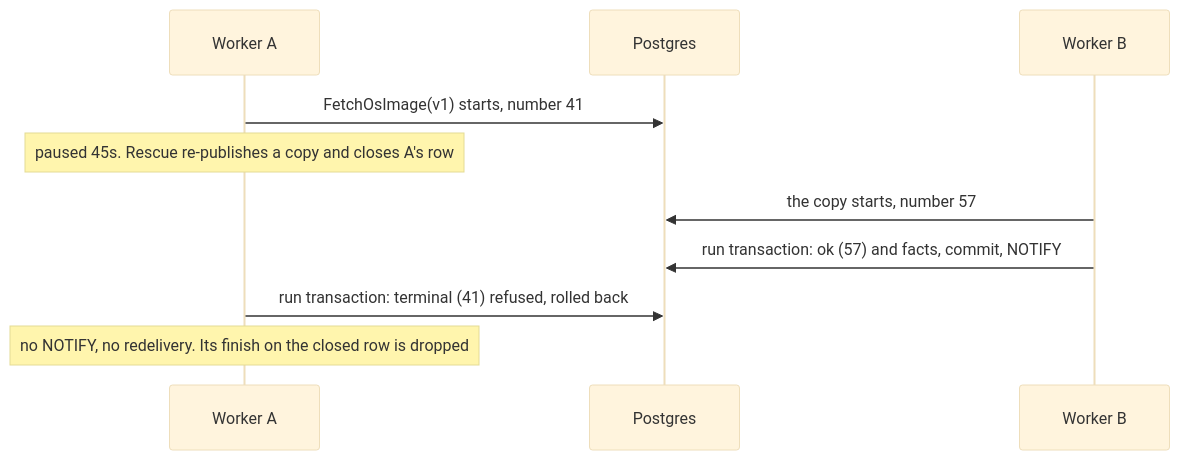
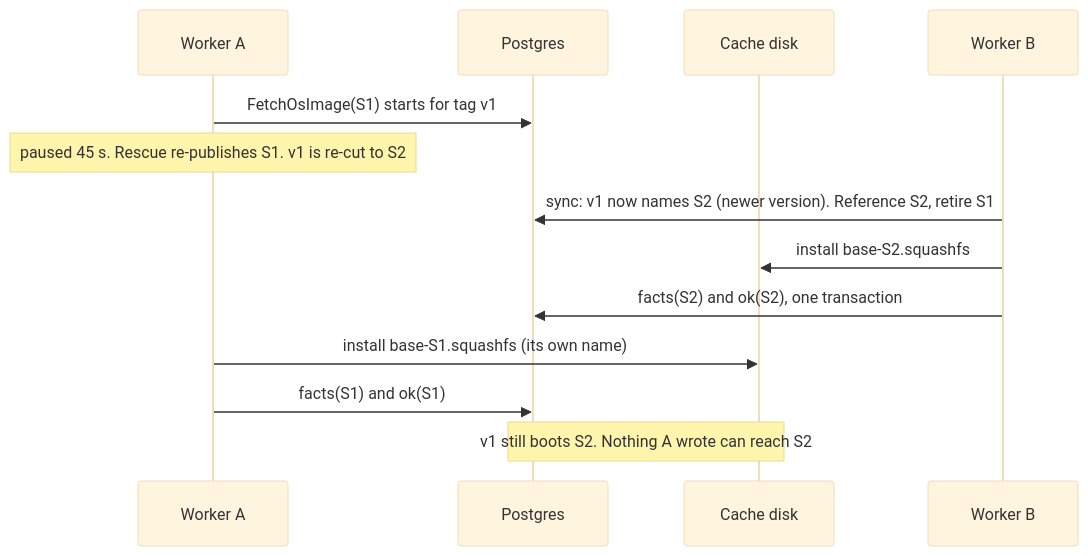
The second of 5 diagrams in docs/central-idempotent-jobs.md (mcurcio/photo-wall), drawn with Mermaid (base theme) before and after one commit. The commit also changed other lines of this file and 11 other files, not shown here.

````diff
--- a/docs/central-idempotent-jobs.md
+++ b/docs/central-idempotent-jobs.md
@@ -84,12 +112,15 @@
 ```mermaid
 sequenceDiagram
   participant A as Worker A
   participant DB as Postgres
+  participant D as Cache disk
   participant B as Worker B
-  A->>DB: FetchOsImage(v1) starts, number 41
-  Note over A: paused 45s. Rescue re-publishes a copy and closes A's row
-  B->>DB: the copy starts, number 57
-  B->>DB: run transaction: ok (57) and facts, commit, NOTIFY
-  A->>DB: run transaction: terminal (41) refused, rolled back
-  Note over A: no NOTIFY, no redelivery. Its finish on the closed row is dropped
+  A->>DB: FetchOsImage(S1) starts for tag v1
+  Note over A: paused 45 s. Rescue re-publishes S1. v1 is re-cut to S2
+  B->>DB: sync: v1 now names S2 (newer version). Reference S2, retire S1
+  B->>D: install base-S2.squashfs
+  B->>DB: facts(S2) and ok(S2), one transaction
+  A->>D: install base-S1.squashfs (its own name)
+  A->>DB: facts(S1) and ok(S1)
+  Note over DB,D: v1 still boots S2. Nothing A wrote can reach S2
 ```
````
